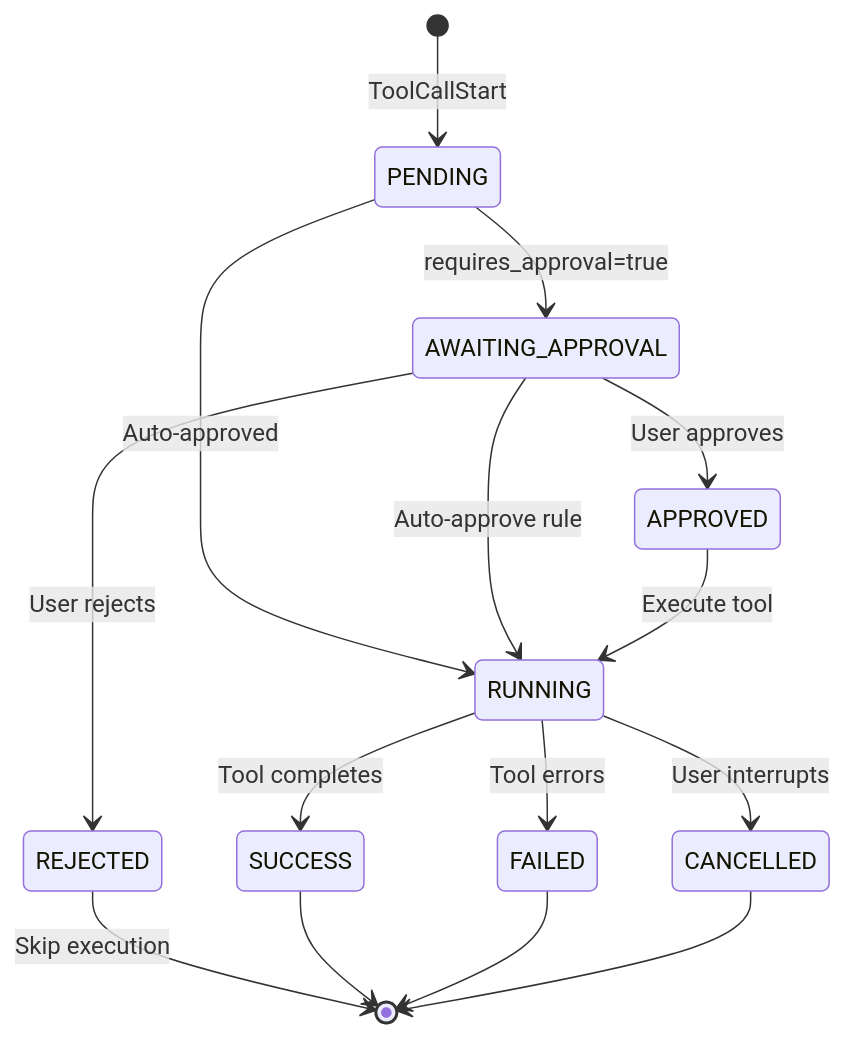
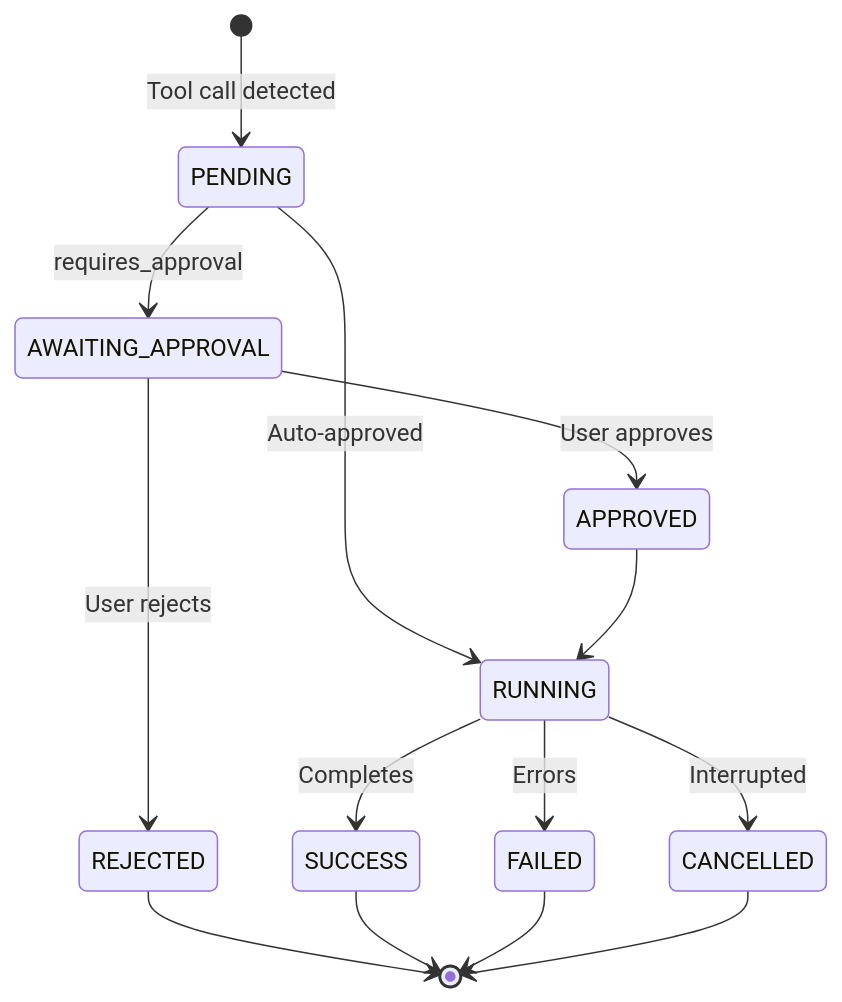
The fourth of 7 diagrams in docs/TUI_PERSISTENCE_ARCHITECTURE.md (vijayjayanandan/claraity-code), drawn with Mermaid before and after one commit. The commit also changed other lines of this file and 8 other files, not shown here.

First line of the commit message:
Eliminate dual text accumulation and rewrite architecture doc

````diff
--- a/docs/TUI_PERSISTENCE_ARCHITECTURE.md
+++ b/docs/TUI_PERSISTENCE_ARCHITECTURE.md
@@ -214,21 +149,20 @@
 ```mermaid
 stateDiagram-v2
-    [*] --> PENDING: ToolCallStart
-    PENDING --> AWAITING_APPROVAL: requires_approval=true
+    [*] --> PENDING: Tool call detected
+    PENDING --> AWAITING_APPROVAL: requires_approval
     PENDING --> RUNNING: Auto-approved
-    
+
     AWAITING_APPROVAL --> APPROVED: User approves
     AWAITING_APPROVAL --> REJECTED: User rejects
-    AWAITING_APPROVAL --> RUNNING: Auto-approve rule
-    
-    APPROVED --> RUNNING: Execute tool
-    REJECTED --> [*]: Skip execution
-    
-    RUNNING --> SUCCESS: Tool completes
-    RUNNING --> FAILED: Tool errors
-    RUNNING --> CANCELLED: User interrupts
-    
+
+    APPROVED --> RUNNING
+    REJECTED --> [*]
+
+    RUNNING --> SUCCESS: Completes
+    RUNNING --> FAILED: Errors
+    RUNNING --> CANCELLED: Interrupted
+
     SUCCESS --> [*]
     FAILED --> [*]
     CANCELLED --> [*]
 ```
````
